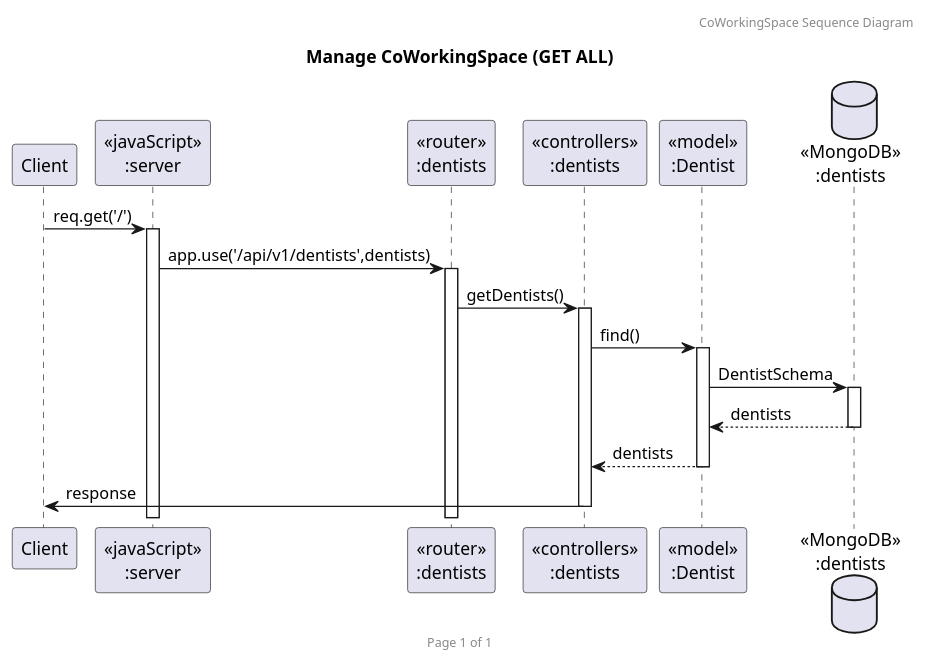
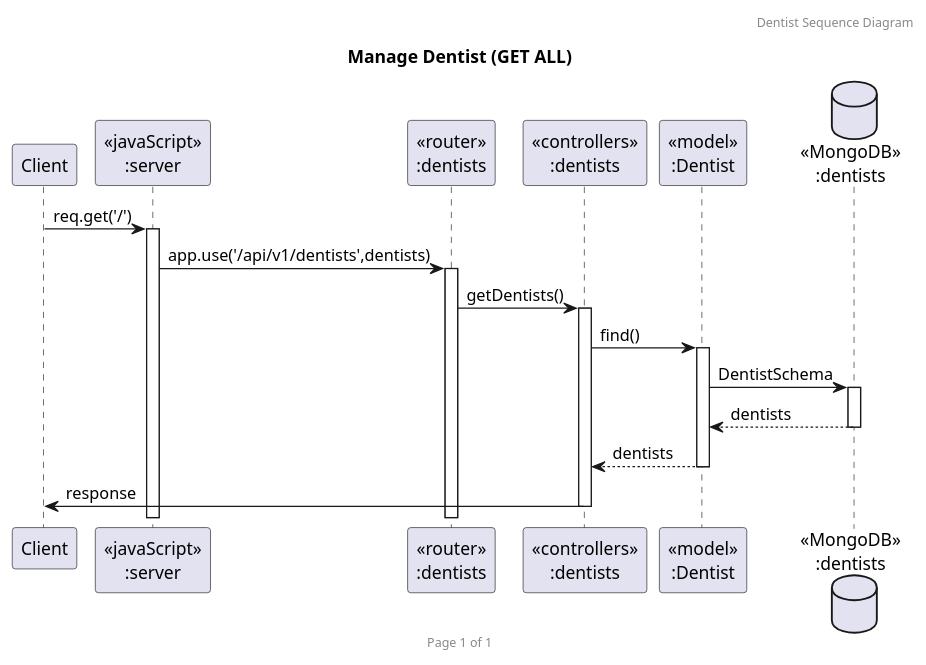
The diagram in SequenceDiagram/dentgetall.puml (2110503TACEDT66/presentation-day-1-privacy), drawn with PlantUML before and after one commit. The commit also changed 10 other files, not shown here.

```diff
--- a/SequenceDiagram/dentgetall.puml
+++ b/SequenceDiagram/dentgetall.puml
@@ -1,23 +1,23 @@
-@startuml Manage CoWorkingSpace (GET ALL)
+@startuml Manage Dentist (GET ALL)
 
-header CoWorkingSpace Sequence Diagram
+header Dentist Sequence Diagram
 footer Page %page% of %lastpage%
-title "Manage CoWorkingSpace (GET ALL)"
+title "Manage Dentist (GET ALL)"
 
 participant "Client" as client
 participant "<<javaScript>>\n:server" as server
 participant "<<router>>\n:dentists" as routerDentists
 participant "<<controllers>>\n:dentists" as controllersDentists
 participant "<<model>>\n:Dentist" as modelDentists
 database "<<MongoDB>>\n:dentists" as DentistsDatabase
 
 client->server ++:req.get('/')
 server->routerDentists ++:app.use('/api/v1/dentists',dentists)
 routerDentists -> controllersDentists ++:getDentists()
 controllersDentists->modelDentists ++:find()
 modelDentists ->DentistsDatabase ++:DentistSchema
 DentistsDatabase --> modelDentists --:dentists
 controllersDentists <-- modelDentists --:dentists
 controllersDentists->client --:response
 
 @enduml
```
